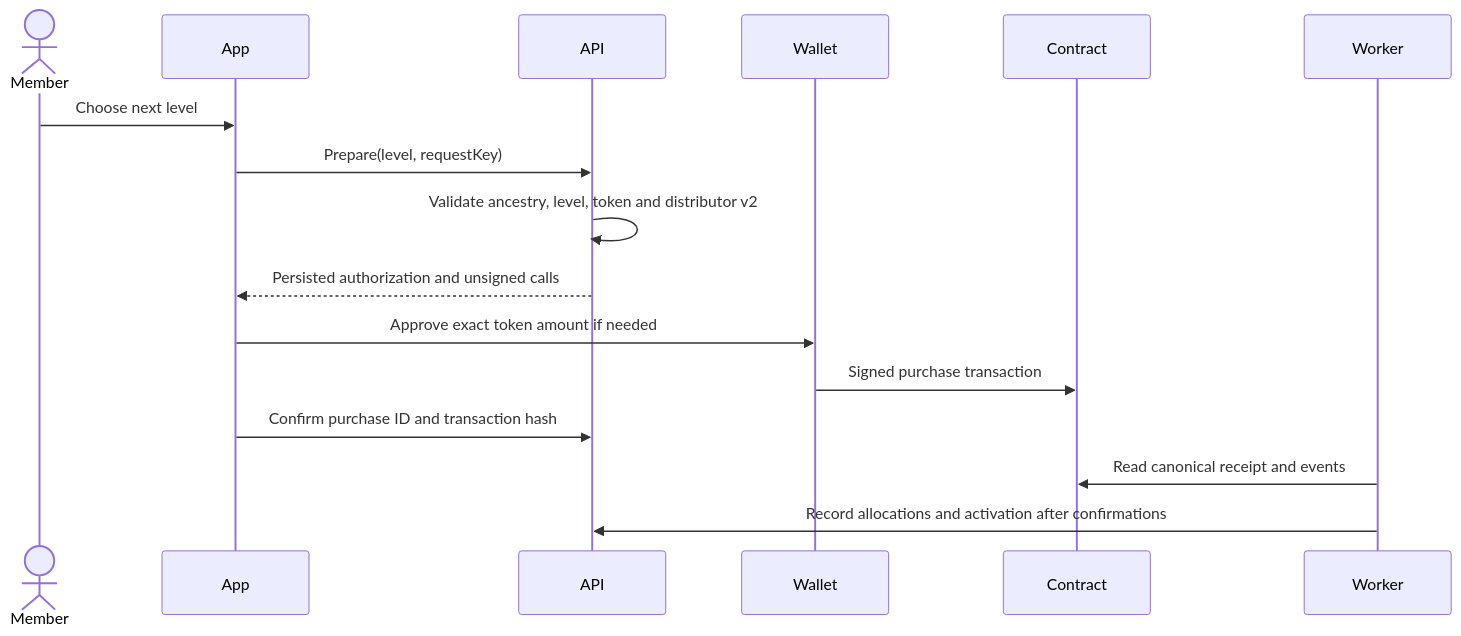
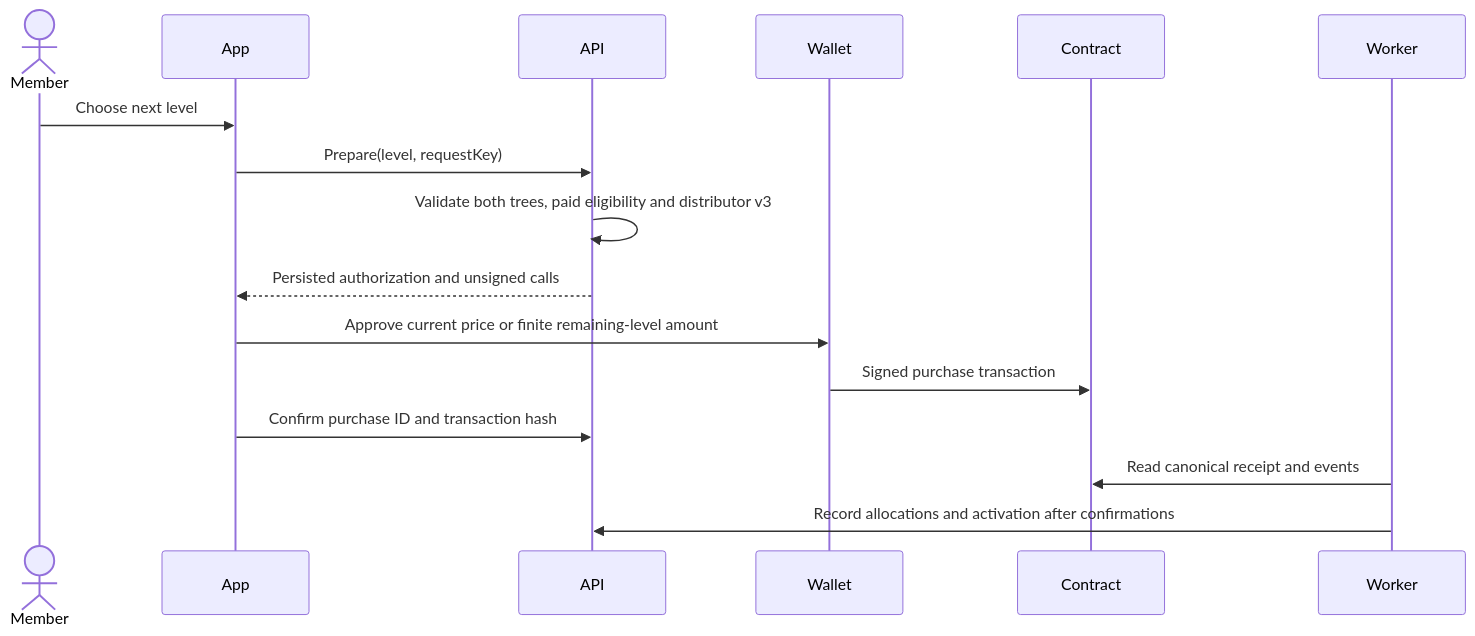
The diagram in docs/en/payments-and-conditions.md (KkyJim12/affiliate-platform), drawn with Mermaid before and after one commit. The commit also changed other lines of this file and 33 other files, not shown here.

````diff
--- a/docs/en/payments-and-conditions.md
+++ b/docs/en/payments-and-conditions.md
@@ -105,18 +105,18 @@
 ```mermaid
 sequenceDiagram
   actor Member
   participant App
   participant API
   participant Wallet
   participant Contract
   participant Worker
   Member->>App: Choose next level
   App->>API: Prepare(level, requestKey)
-  API->>API: Validate ancestry, level, token and distributor v2
+  API->>API: Validate both trees, paid eligibility and distributor v3
   API-->>App: Persisted authorization and unsigned calls
-  App->>Wallet: Approve exact token amount if needed
+  App->>Wallet: Approve current price or finite remaining-level amount
   Wallet->>Contract: Signed purchase transaction
   App->>API: Confirm purchase ID and transaction hash
   Worker->>Contract: Read canonical receipt and events
   Worker->>API: Record allocations and activation after confirmations
 ```
````
